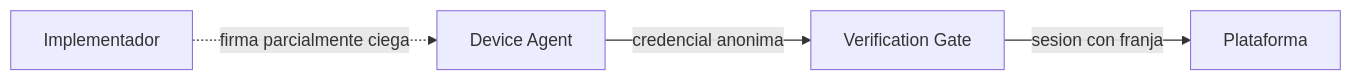
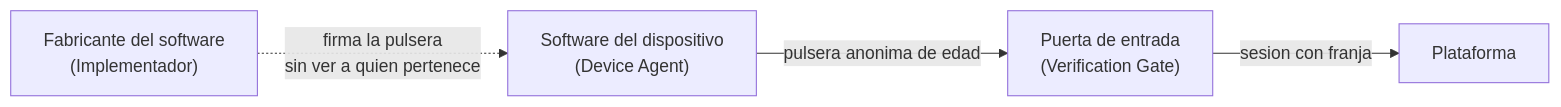
One commit to jorgej-ramos/AAVP changed the first of 4 diagrams in README.md. Above: the diagram before and after it, drawn with Mermaid. The commit also changed other lines of this file and 1 other file, not shown here.

````diff
--- a/README.md
+++ b/README.md
@@ -77,6 +80,6 @@
 ```mermaid
 graph LR
-    DA[Device Agent] -->|credencial anonima| VG[Verification Gate]
+    DA["Software del dispositivo<br/>(Device Agent)"] -->|pulsera anonima de edad| VG["Puerta de entrada<br/>(Verification Gate)"]
     VG -->|sesion con franja| APP[Plataforma]
-    IM[Implementador] -.->|firma parcialmente ciega| DA
+    IM["Fabricante del software<br/>(Implementador)"] -.->|firma la pulsera<br/>sin ver a quien pertenece| DA
 ```
````
